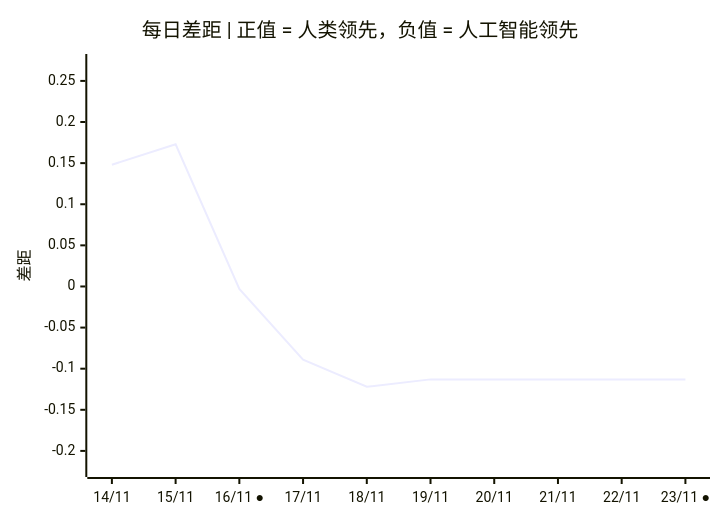
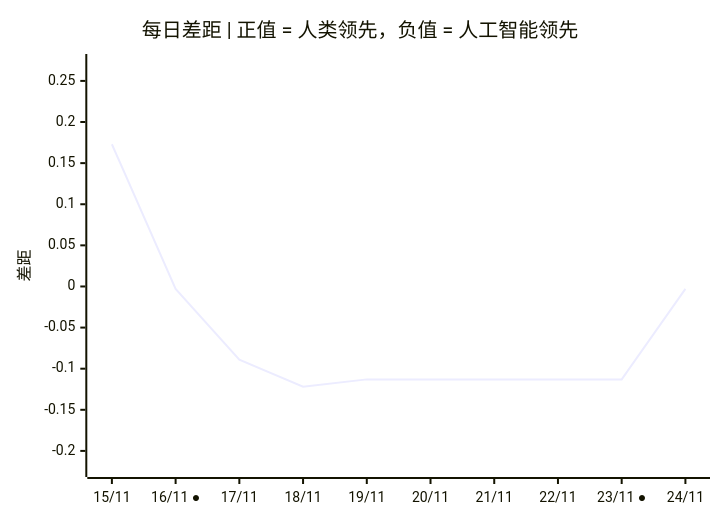
One commit to VQQLK/Human-AI-Monitor changed the third of 3 diagrams in README.zh.md. Above: the diagram before and after it, drawn with Mermaid. The commit also changed other lines of this file and 5 other files, not shown here.

````diff
--- a/README.zh.md
+++ b/README.zh.md
@@ -56,7 +56,7 @@
 ```mermaid
 xychart-beta
     title "每日差距 | 正值 = 人类领先，负值 = 人工智能领先"
-    x-axis ["14/11", "15/11", "16/11 ●", "17/11", "18/11", "19/11", "20/11", "21/11", "22/11", "23/11 ●"]
+    x-axis ["15/11", "16/11 ●", "17/11", "18/11", "19/11", "20/11", "21/11", "22/11", "23/11 ●", "24/11"]
     y-axis "差距" -0.222 --> 0.273
-    line [0.148, 0.173, -0.003, -0.089, -0.122, -0.113, -0.113, -0.113, -0.113, -0.113]
+    line [0.173, -0.003, -0.089, -0.122, -0.113, -0.113, -0.113, -0.113, -0.113, -0.003]
 ```
````
